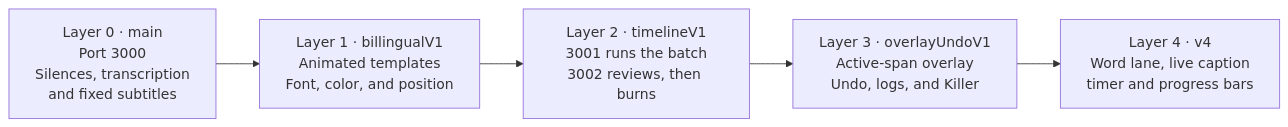
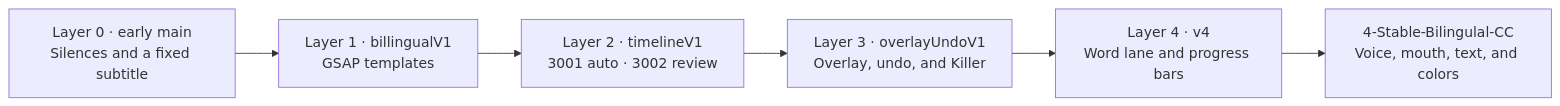
Before and after one commit to Juan9201/CC-V1: the second of 2 diagrams in README.md, drawn with Mermaid. The commit also changed other lines of this file and 21 other files, not shown here.

````diff
--- a/README.md
+++ b/README.md
@@ -35,9 +163,10 @@
 ```mermaid
 flowchart LR
-  c0["Layer 0 · main<br/>Port 3000<br/>Silences, transcription<br/>and fixed subtitles"]
-  c1["Layer 1 · billingualV1<br/>Animated templates<br/>Font, color, and position"]
-  c2["Layer 2 · timelineV1<br/>3001 runs the batch<br/>3002 reviews, then burns"]
-  c3["Layer 3 · overlayUndoV1<br/>Active-span overlay<br/>Undo, logs, and Killer"]
-  c4["Layer 4 · v4<br/>Word lane, live caption<br/>timer and progress bars"]
-  c0 --> c1 --> c2 --> c3 --> c4
+  c0["Layer 0 · early main<br/>Silences and a fixed subtitle"]
+  c1["Layer 1 · billingualV1<br/>GSAP templates"]
+  c2["Layer 2 · timelineV1<br/>3001 auto · 3002 review"]
+  c3["Layer 3 · overlayUndoV1<br/>Overlay, undo, and Killer"]
+  c4["Layer 4 · v4<br/>Word lane and progress bars"]
+  c5["4-Stable-Bilingulal-CC<br/>Voice, mouth, text, and colors"]
+  c0 --> c1 --> c2 --> c3 --> c4 --> c5
 ```
````
